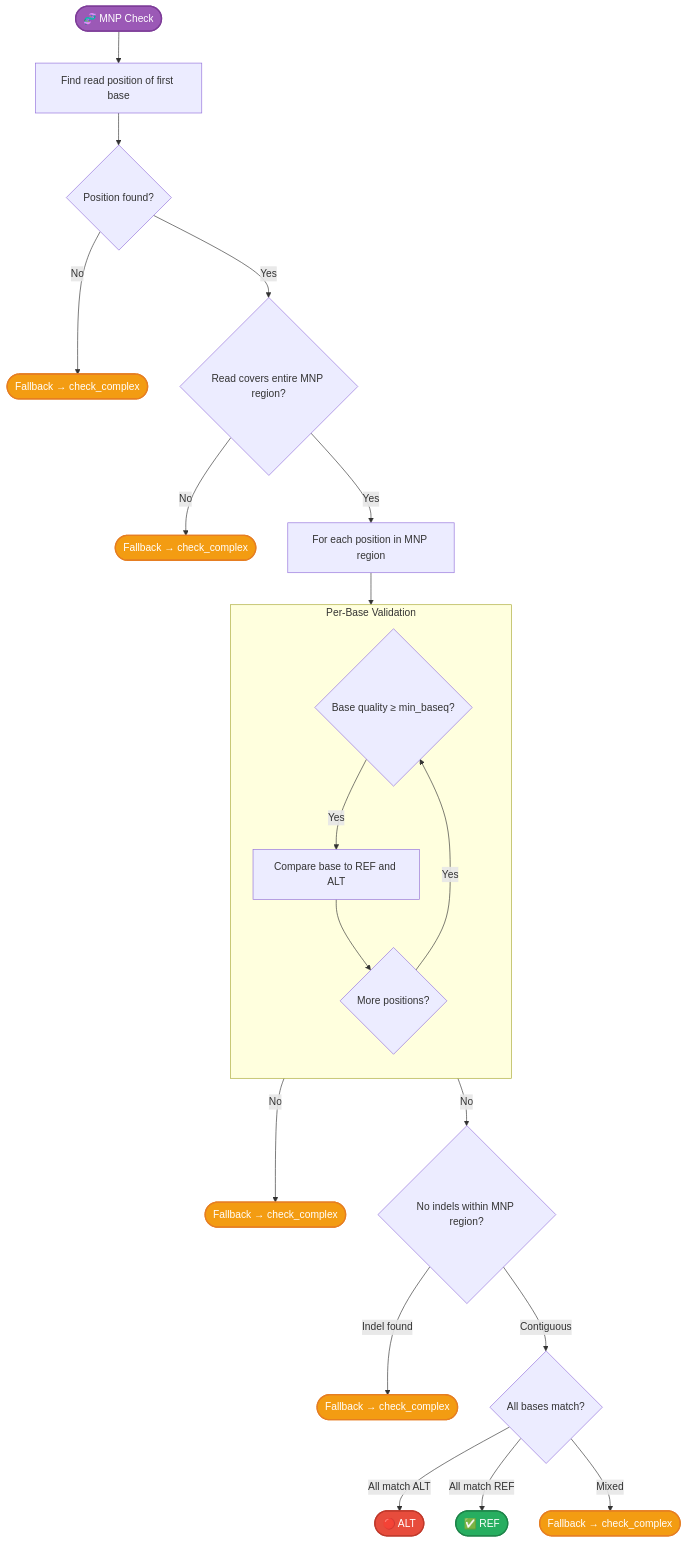
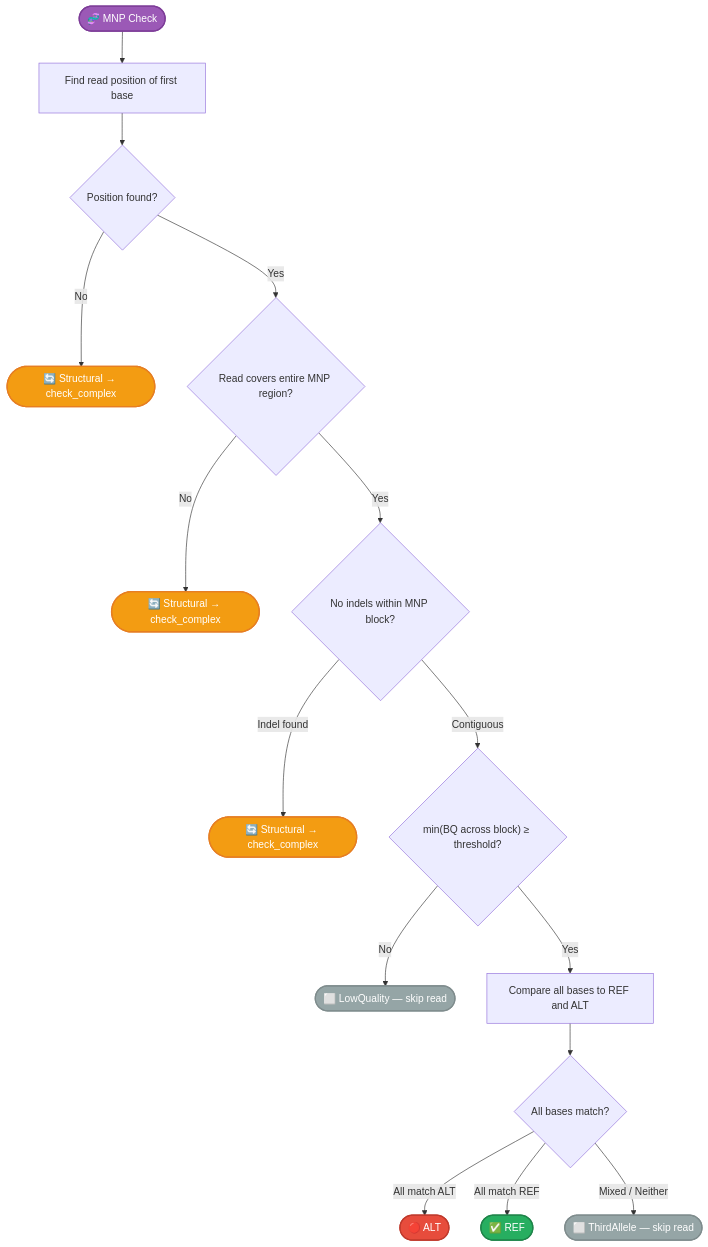
One commit to msk-access/py-gbcms changed the fifth of 6 diagrams in docs/reference/allele-classification.md. Above: the diagram before and after it, drawn with Mermaid. The commit also changed other lines of this file and 3 other files, not shown here.

````diff
--- a/docs/reference/allele-classification.md
+++ b/docs/reference/allele-classification.md
@@ -310,34 +310,26 @@
 ```mermaid
 flowchart TD
     Start([🧬 MNP Check]):::start --> Find[Find read position of first base]
     Find --> Found{Position found?}
-    Found -->|No| Fallback1([Fallback → check_complex]):::fallback
+    Found -->|No| Structural1([🔄 Structural → check_complex]):::fallback
     Found -->|Yes| Cover{Read covers entire MNP region?}
-    Cover -->|No| Fallback2([Fallback → check_complex]):::fallback
-    Cover -->|Yes| Loop[For each position in MNP region]
+    Cover -->|No| Structural2([🔄 Structural → check_complex]):::fallback
+    Cover -->|Yes| Contig{No indels within MNP block?}
 
-    subgraph PerBase [Per-Base Validation]
-        direction TB
-        BQ{Base quality ≥ min_baseq?}
-        Track[Compare base to REF and ALT]
-        More{More positions?}
-    end
+    Contig -->|Indel found| Structural3([🔄 Structural → check_complex]):::fallback
+    Contig -->|Contiguous| MinBQ{"min(BQ across block) ≥ threshold?"}
 
-    Loop --> BQ
-    BQ -->|No| Fallback3([Fallback → check_complex]):::fallback
-    BQ -->|Yes| Track
-    Track --> More
-    More -->|Yes| BQ
-    More -->|No| Contig{No indels within MNP region?}
+    MinBQ -->|No| LowQ([⬜ LowQuality — skip read]):::neither
+    MinBQ -->|Yes| Compare[Compare all bases to REF and ALT]
 
-    Contig -->|Indel found| Fallback4([Fallback → check_complex]):::fallback
-    Contig -->|Contiguous| Final{All bases match?}
+    Compare --> Final{All bases match?}
     Final -->|All match ALT| Alt([🔴 ALT]):::alt
     Final -->|All match REF| Ref([✅ REF]):::ref
-    Final -->|Mixed| Fallback5([Fallback → check_complex]):::fallback
+    Final -->|Mixed / Neither| Third([⬜ ThirdAllele — skip read]):::neither
 
     classDef start fill:#9b59b6,color:#fff,stroke:#7d3c98,stroke-width:2px;
     classDef ref fill:#27ae60,color:#fff,stroke:#1e8449,stroke-width:2px;
     classDef alt fill:#e74c3c,color:#fff,stroke:#c0392b,stroke-width:2px;
+    classDef neither fill:#95a5a6,color:#fff,stroke:#7f8c8d,stroke-width:2px;
     classDef fallback fill:#f39c12,color:#fff,stroke:#e67e22,stroke-width:2px;
 ```
````
